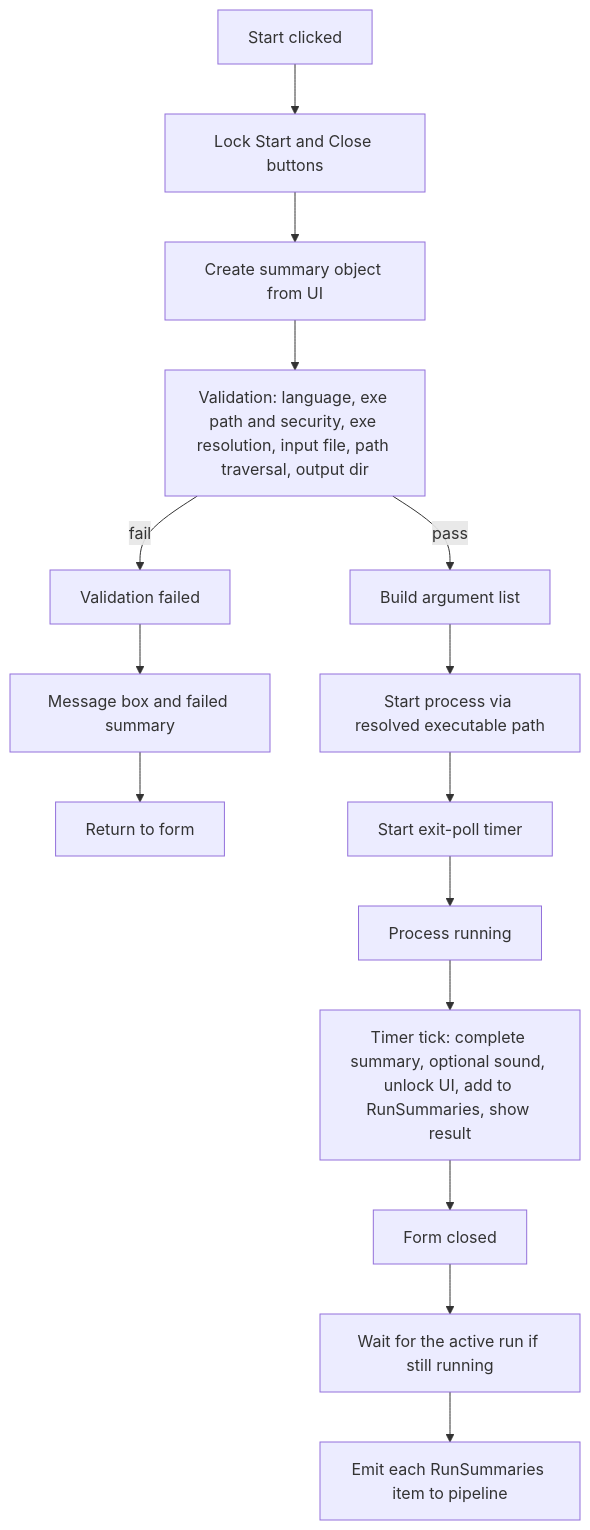
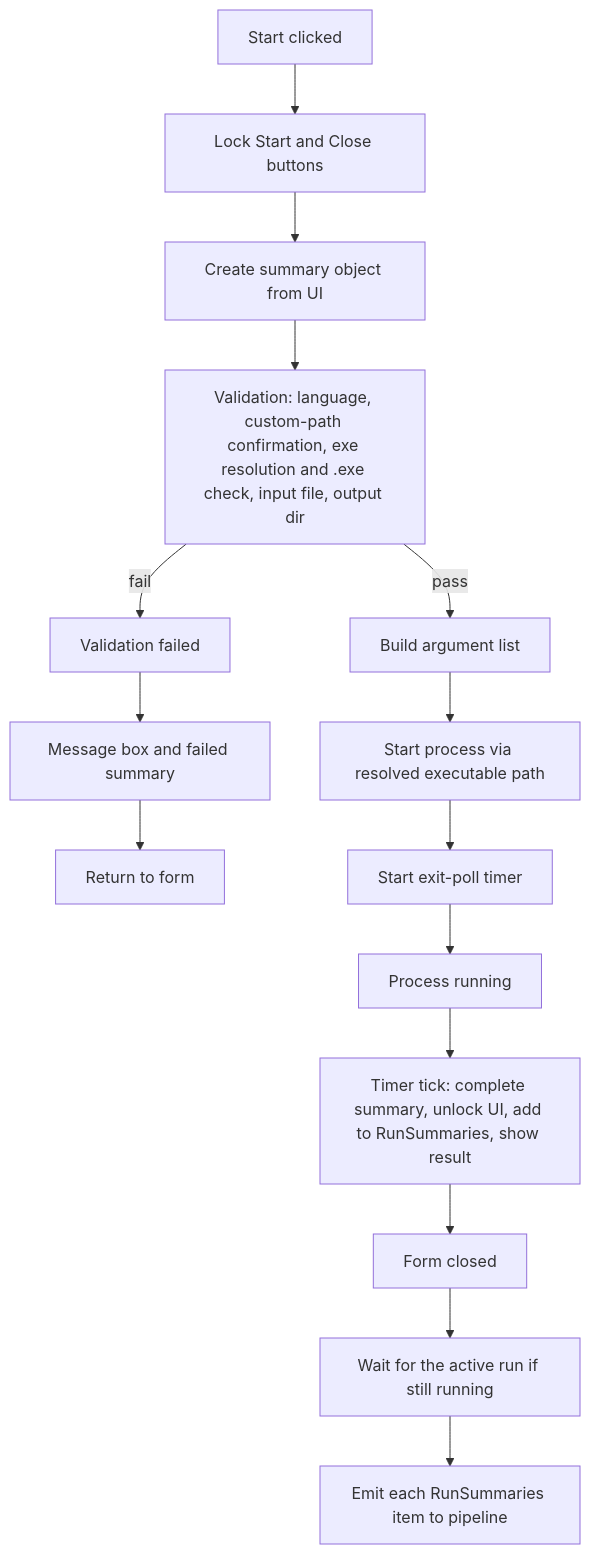
Before and after one commit to sebastianspicker/faster-whisper-standalone-GUI: the second of 2 diagrams in README.md, drawn with Mermaid. The commit also changed other lines of this file and 10 other files, not shown here.

````diff
--- a/README.md
+++ b/README.md
@@ -108,32 +107,32 @@
 ```mermaid
 flowchart TB
   StartClick[Start clicked]
   CreateSummary[Create summary object from UI]
-  Validation[Validation: language, exe path and security, exe resolution, input file, path traversal, output dir]
+  Validation[Validation: language, custom-path confirmation, exe resolution and .exe check, input file, output dir]
   ValidationFail[Validation failed]
   MsgBox[Message box and failed summary]
   Return[Return to form]
   BuildArgs[Build argument list]
   LockUI[Lock Start and Close buttons]
   CreateProcess[Start process via resolved executable path]
   StartProc[Start exit-poll timer]
   ProcRunning[Process running]
-  OnExit["Timer tick: complete summary, optional sound, unlock UI, add to RunSummaries, show result"]
+  OnExit["Timer tick: complete summary, unlock UI, add to RunSummaries, show result"]
   FormClosed[Form closed]
   WaitForProc[Wait for the active run if still running]
   EmitToPipeline[Emit each RunSummaries item to pipeline]
   StartClick --> LockUI
   LockUI --> CreateSummary
   CreateSummary --> Validation
   Validation -->|fail| ValidationFail
   ValidationFail --> MsgBox
   MsgBox --> Return
   Validation -->|pass| BuildArgs
   BuildArgs --> CreateProcess
   CreateProcess --> StartProc
   StartProc --> ProcRunning
   ProcRunning --> OnExit
   OnExit --> FormClosed
   FormClosed --> WaitForProc
   WaitForProc --> EmitToPipeline
 ```
````
